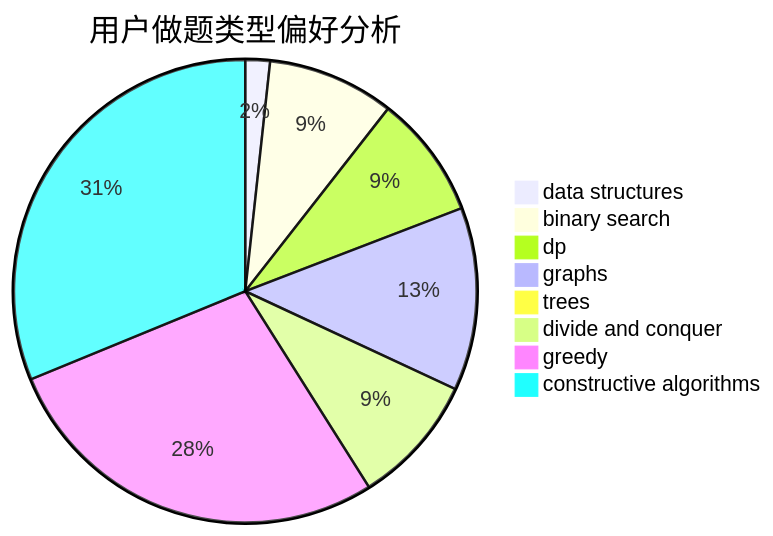
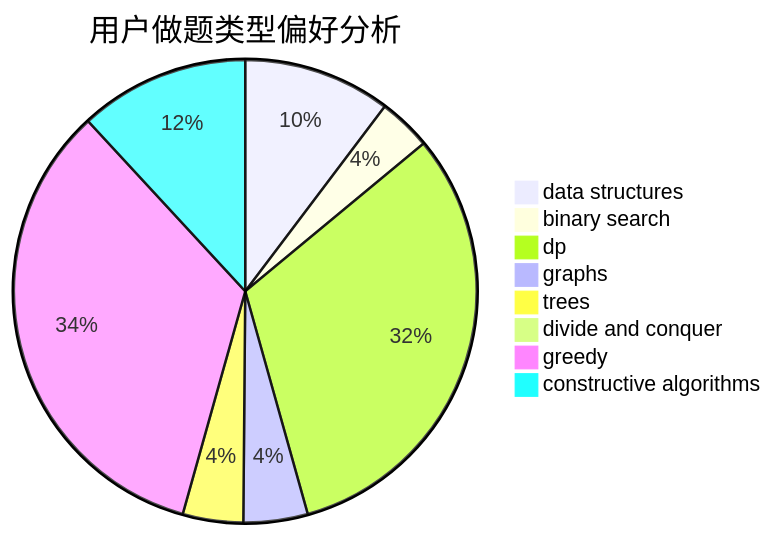
The second of 3 diagrams in docs/user/u2069.md (sherpahu/cfrs.github.io), drawn with Mermaid before and after one commit. The commit also changed other lines of this file and 2770 other files, not shown here.

````diff
--- a/docs/user/u2069.md
+++ b/docs/user/u2069.md
@@ -23,11 +23,11 @@
 ```mermaid
 pie title 用户做题类型偏好分析
-    "data structures" :  7
-    "binary search" :  36
-    "dp" :  35
-    "graphs" :  52
-    "trees" :  0
-    "divide and conquer" :  37
-    "greedy" :  113
-    "constructive algorithms" :  127
+    "data structures" :  39
+    "binary search" :  14
+    "dp" :  120
+    "graphs" :  17
+    "trees" :  16
+    "divide and conquer" :  0
+    "greedy" :  128
+    "constructive algorithms" :  45
 ```
````
